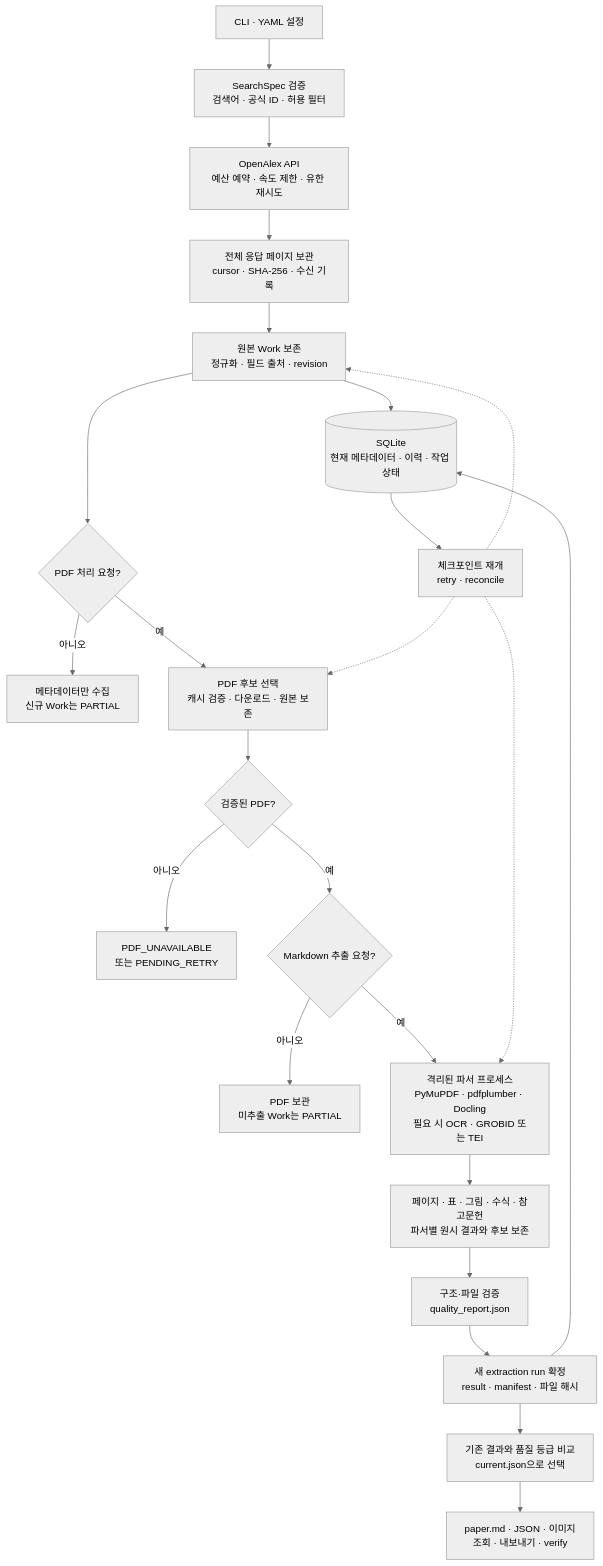
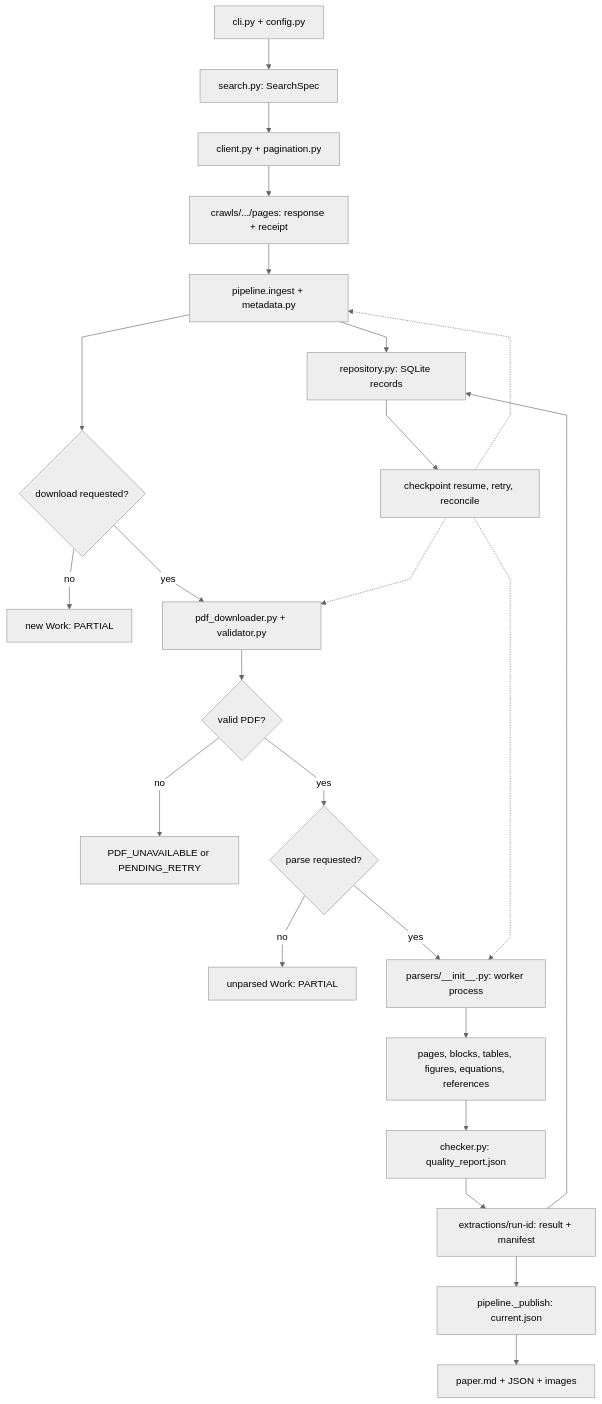
Before and after one commit to jongsu-king/openalex-corpus-harvester: the first of 5 diagrams in openalex_corpus/docs/ARCHITECTURE.md, drawn with Mermaid (neutral theme). The commit also changed other lines of this file and 12 other files, not shown here.

Commit message:
docs: rewrite references in English and redraw execution diagrams

````diff
--- a/openalex_corpus/docs/ARCHITECTURE.md
+++ b/openalex_corpus/docs/ARCHITECTURE.md
@@ -11,26 +11,27 @@
 ```mermaid
+%%{init: {'flowchart': {'curve': 'linear'}}}%%
 flowchart TD
-    CLI["CLI · YAML 설정"] --> Search["SearchSpec 검증<br/>검색어 · 공식 ID · 허용 필터"]
-    Search --> API["OpenAlex API<br/>예산 예약 · 속도 제한 · 유한 재시도"]
-    API --> RawPage["전체 응답 페이지 보관<br/>cursor · SHA-256 · 수신 기록"]
-    RawPage --> Ingest["원본 Work 보존<br/>정규화 · 필드 출처 · revision"]
-    Ingest --> DB[("SQLite<br/>현재 메타데이터 · 이력 · 작업 상태")]
-    Ingest --> WantPDF{"PDF 처리 요청?"}
-    WantPDF -->|아니오| MetaOnly["메타데이터만 수집<br/>신규 Work는 PARTIAL"]
-    WantPDF -->|예| Download["PDF 후보 선택<br/>캐시 검증 · 다운로드 · 원본 보존"]
-    Download --> HavePDF{"검증된 PDF?"}
-    HavePDF -->|아니오| Unavailable["PDF_UNAVAILABLE<br/>또는 PENDING_RETRY"]
-    HavePDF -->|예| WantParse{"Markdown 추출 요청?"}
-    WantParse -->|아니오| PDFOnly["PDF 보관<br/>미추출 Work는 PARTIAL"]
-    WantParse -->|예| Worker["격리된 파서 프로세스<br/>PyMuPDF · pdfplumber · Docling<br/>필요 시 OCR · GROBID 또는 TEI"]
-    Worker --> Evidence["페이지 · 표 · 그림 · 수식 · 참고문헌<br/>파서별 원시 결과와 후보 보존"]
-    Evidence --> Quality["구조·파일 검증<br/>quality_report.json"]
-    Quality --> Run["새 extraction run 확정<br/>result · manifest · 파일 해시"]
+    CLI["cli.py + config.py"] --> Search["search.py: SearchSpec"]
+    Search --> API["client.py + pagination.py"]
+    API --> Page["crawls/.../pages: response + receipt"]
+    Page --> Ingest["pipeline.ingest + metadata.py"]
+    Ingest --> DB["repository.py: SQLite records"]
+    Ingest --> DownloadRequested{"download requested?"}
+    DownloadRequested -->|no| MetadataOnly["new Work: PARTIAL"]
+    DownloadRequested -->|yes| Download["pdf_downloader.py + validator.py"]
+    Download --> PDF{"valid PDF?"}
+    PDF -->|no| Unavailable["PDF_UNAVAILABLE or PENDING_RETRY"]
+    PDF -->|yes| ParseRequested{"parse requested?"}
+    ParseRequested -->|no| PDFOnly["unparsed Work: PARTIAL"]
+    ParseRequested -->|yes| Worker["parsers/__init__.py: worker process"]
+    Worker --> Result["pages, blocks, tables, figures, equations, references"]
+    Result --> Quality["checker.py: quality_report.json"]
+    Quality --> Run["extractions/run-id: result + manifest"]
     Run --> DB
-    Run --> Select["기존 결과와 품질 등급 비교<br/>current.json으로 선택"]
-    Select --> Output["paper.md · JSON · 이미지<br/>조회 · 내보내기 · verify"]
-    DB --> Recovery["체크포인트 재개<br/>retry · reconcile"]
+    Run --> Select["pipeline._publish: current.json"]
+    Select --> Output["paper.md + JSON + images"]
+    DB --> Recovery["checkpoint resume, retry, reconcile"]
     Recovery -.-> Ingest
     Recovery -.-> Download
     Recovery -.-> Worker
 ```
````
